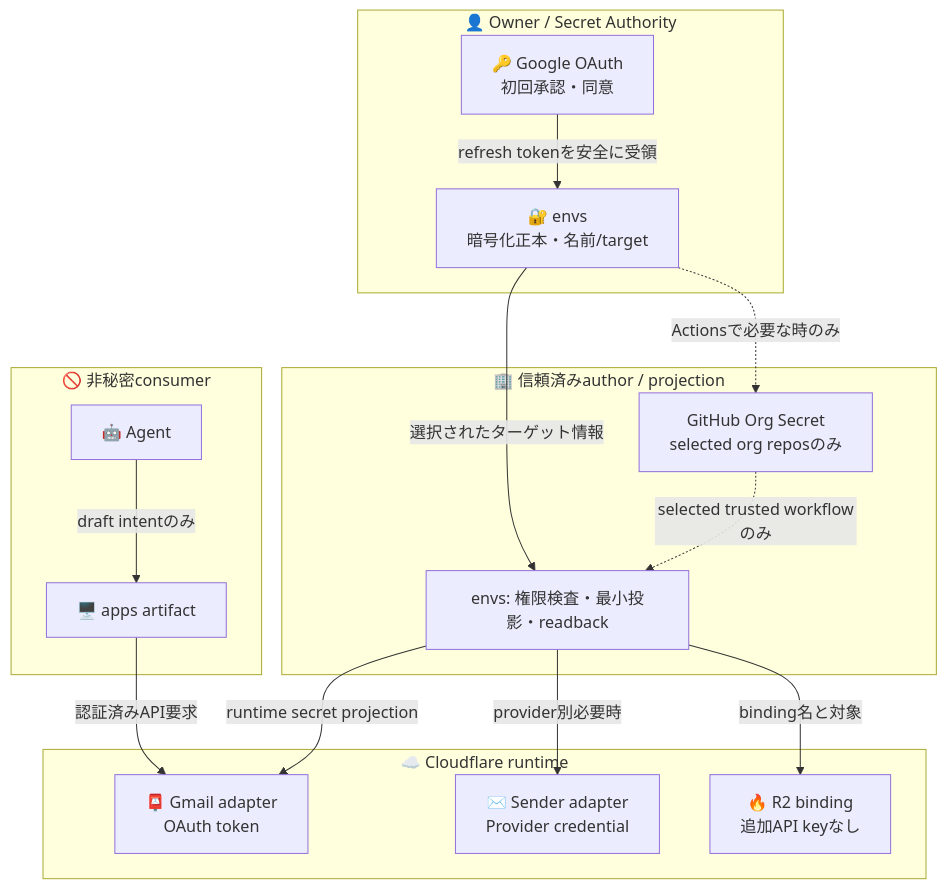
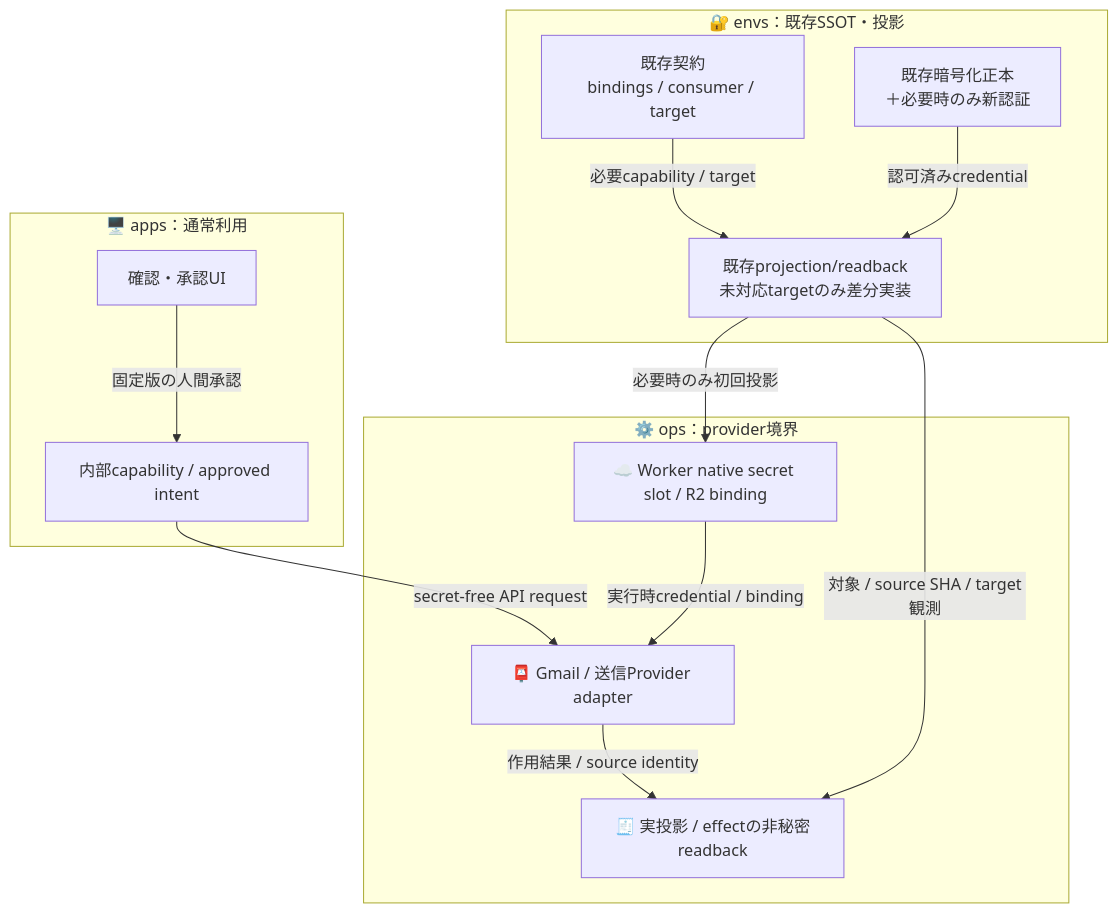
Before and after one commit to roccho-dev/envs: the diagram in docs/proposals/mail-cell-578-secret-boundary.md, drawn with Mermaid. The commit also changed other lines of this file, not shown here.

Commit message:
docs(envs): reuse existing projection; avoid per-mail duplicate config

````diff
--- a/docs/proposals/mail-cell-578-secret-boundary.md
+++ b/docs/proposals/mail-cell-578-secret-boundary.md
@@ -61,29 +50,25 @@
 ```mermaid
 flowchart TB
-  subgraph Owner["👤 Owner / Secret Authority"]
-    Consent["🔑 Google OAuth<br/>初回承認・同意"]
-    SecretSource["🔐 envs<br/>暗号化正本・名前/target"]
+  subgraph Authority["🔐 envs：既存SSOT・投影"]
+    Contract["既存契約<br/>bindings / consumer / target"]
+    Source["既存暗号化正本<br/>＋必要時のみ新認証"]
+    Projection["既存projection/readback<br/>未対応targetのみ差分実装"]
+    Contract -->|"必要capability / target"| Projection
+    Source -->|"認可済みcredential"| Projection
   end
-  subgraph Control["🏢 信頼済みauthor / projection"]
-    OrgSlot["GitHub Org Secret<br/>selected org reposのみ"]
-    Projector["envs: 権限検査・最小投影・readback"]
+  subgraph Runtime["⚙️ ops：provider境界"]
+    Native["☁️ Worker native secret slot / R2 binding"]
+    Provider["📮 Gmail / 送信Provider adapter"]
+    Receipt["🧾 実投影 / effectの非秘密readback"]
+    Native -->|"実行時credential / binding"| Provider
+    Provider -->|"作用結果 / source identity"| Receipt
   end
-  subgraph Runtime["☁️ Cloudflare runtime"]
-    GmailWorker["📮 Gmail adapter<br/>OAuth token"]
-    SenderWorker["✉️ Sender adapter<br/>Provider credential"]
-    R2Native["🔥 R2 binding<br/>追加API keyなし"]
+  subgraph Consumer["🖥️ apps：通常利用"]
+    UI["確認・承認UI"]
+    Intent["内部capability / approved intent"]
+    UI -->|"固定版の人間承認"| Intent
   end
-  subgraph Client["🚫 非秘密consumer"]
-    App["🖥️ apps artifact"]
-    Agent["🤖 Agent"]
-  end
-  Consent -->|"refresh tokenを安全に受領"| SecretSource
-  SecretSource -->|"選択されたターゲット情報"| Projector
-  SecretSource -.->|"Actionsで必要な時のみ"| OrgSlot
-  OrgSlot -.->|"selected trusted workflowのみ"| Projector
-  Projector -->|"runtime secret projection"| GmailWorker
-  Projector -->|"provider別必要時"| SenderWorker
-  Projector -->|"binding名と対象"| R2Native
-  App -->|"認証済みAPI要求"| GmailWorker
-  Agent -->|"draft intentのみ"| App
+  Projection -->|"必要時のみ初回投影"| Native
+  Projection -->|"対象 / source SHA / target観測"| Receipt
+  Intent -->|"secret-free API request"| Provider
 ```
````
